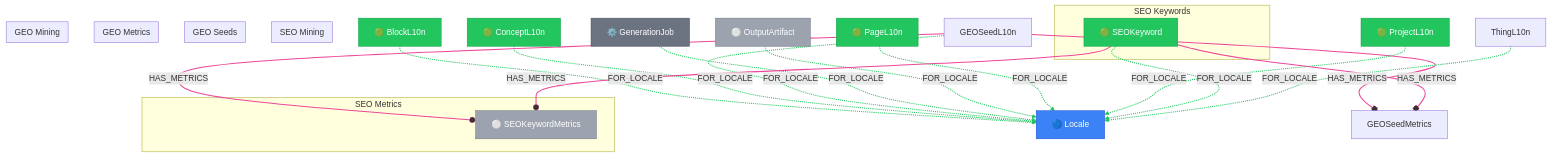
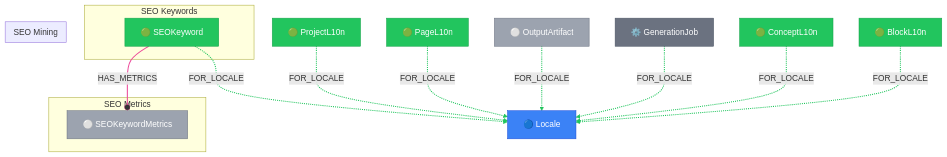
Before and after one commit to supernovae-st/novanet: the diagram in packages/core/models/docs/shared-layer.md, drawn with Mermaid. The commit also changed other lines of this file and 19 other files, not shown here.

First line of the commit message:
docs(v10.1): comprehensive cleanup after SEO architecture refactor

````diff
--- a/packages/core/models/docs/shared-layer.md
+++ b/packages/core/models/docs/shared-layer.md
@@ -34,71 +33,57 @@
 ```mermaid
 flowchart TB
   %% View: Shared Layer (shared-layer)
-  %% 9 nodes, 13 edges
+  %% 9 nodes, 8 edges
 
   %% Trait styling (node_trait)
   classDef invariant fill:#3b82f6,stroke:#1d4ed8,color:#fff
   classDef localized fill:#22c55e,stroke:#16a34a,color:#fff
   classDef knowledge fill:#8b5cf6,stroke:#7c3aed,color:#fff
   classDef derived fill:#9ca3af,stroke:#6b7280,color:#fff
   classDef job fill:#6b7280,stroke:#4b5563,color:#fff
 
   subgraph SEO_KEYWORDS["SEO Keywords"]
     SEOKeyword["🟢 SEOKeyword"]
   end
 
   subgraph SEO_METRICS["SEO Metrics"]
     SEOKeywordMetrics["⚪ SEOKeywordMetrics"]
   end
 
   subgraph SEO_MINING["SEO Mining"]
   end
 
-  subgraph GEO_SEEDS["GEO Seeds"]
-  end
-
-  subgraph GEO_METRICS["GEO Metrics"]
-  end
-
-  subgraph GEO_MINING["GEO Mining"]
-  end
-
   %% Additional reachable nodes
   BlockL10n["🟢 BlockL10n"]
   ConceptL10n["🟢 ConceptL10n"]
   GenerationJob["⚙️ GenerationJob"]
   Locale["🔵 Locale"]
   OutputArtifact["⚪ OutputArtifact"]
   PageL10n["🟢 PageL10n"]
   ProjectL10n["🟢 ProjectL10n"]
 
   %% Relationships (styled by arc family)
   BlockL10n -.->|FOR_LOCALE| Locale
   ConceptL10n -.->|FOR_LOCALE| Locale
-  GEOSeedL10n -.->|FOR_LOCALE| Locale
-  GEOSeedL10n --o|HAS_METRICS| GEOSeedMetrics
-  GEOSeedL10n --o|HAS_METRICS| SEOKeywordMetrics
   GenerationJob -.->|FOR_LOCALE| Locale
   OutputArtifact -.->|FOR_LOCALE| Locale
   PageL10n -.->|FOR_LOCALE| Locale
   ProjectL10n -.->|FOR_LOCALE| Locale
   SEOKeyword -.->|FOR_LOCALE| Locale
-  SEOKeyword --o|HAS_METRICS| GEOSeedMetrics
   SEOKeyword --o|HAS_METRICS| SEOKeywordMetrics
-  ThingL10n -.->|FOR_LOCALE| Locale
 
   %% Edge colors by family
-  linkStyle 0,1,2,5,6,7,8,9,12 stroke:#22c55e,stroke-width:2px
-  linkStyle 3,4,10,11 stroke:#ec4899,stroke-width:2px
+  linkStyle 0,1,2,3,4,5,6 stroke:#22c55e,stroke-width:2px
+  linkStyle 7 stroke:#ec4899,stroke-width:2px
 
   %% Class assignments
   class BlockL10n localized
   class ConceptL10n localized
   class GenerationJob job
   class Locale invariant
   class OutputArtifact derived
   class PageL10n localized
   class ProjectL10n localized
   class SEOKeyword localized
   class SEOKeywordMetrics derived
 ```
````
